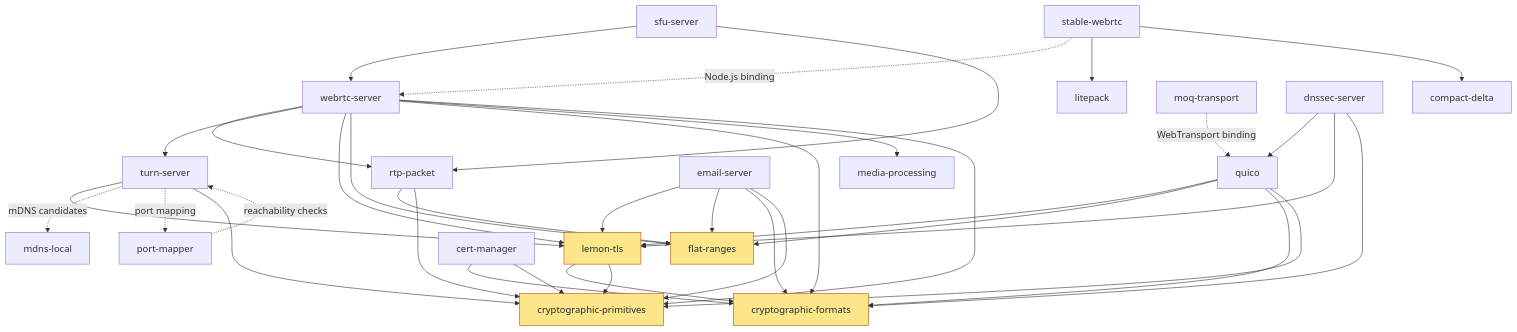
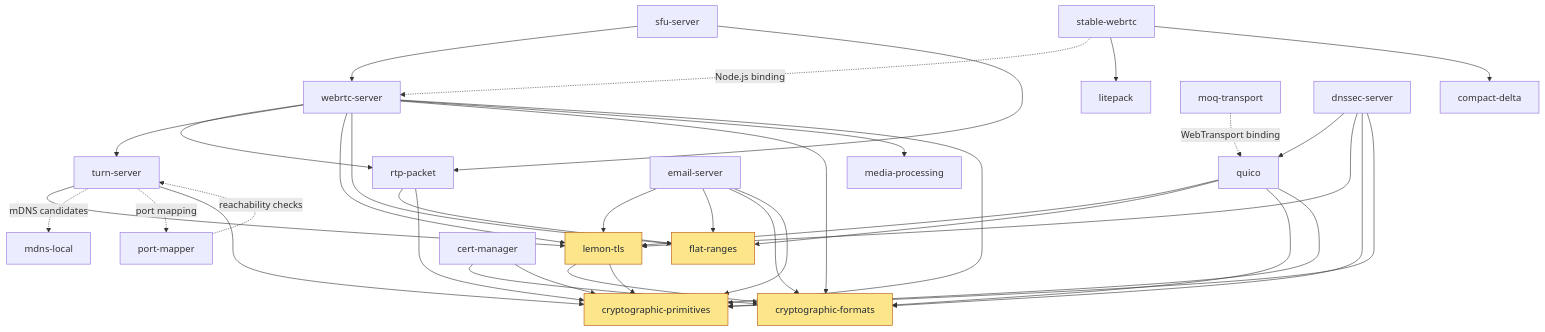
One commit to colocohen/colocohen changed the diagram in README.md. Above: the diagram before and after it, drawn with Mermaid.

````diff
--- a/README.md
+++ b/README.md
@@ -64,47 +64,48 @@
 ```mermaid
 graph TD
   sfu[sfu-server] --> webrtc[webrtc-server]
   sfu --> rtp[rtp-packet]
   stable[stable-webrtc] -.->|Node.js binding| webrtc
   stable --> litepack
   stable --> delta[compact-delta]
 
   webrtc --> rtp
   webrtc --> turn[turn-server]
   webrtc --> tls[lemon-tls]
   webrtc --> ranges[flat-ranges]
   webrtc --> formats[cryptographic-formats]
   webrtc --> mp[media-processing]
   rtp --> ranges
 
   turn --> tls
   turn -.->|mDNS candidates| mdns[mdns-local]
   turn -.->|port mapping| pm[port-mapper]
   pm -.->|reachability checks| turn
 
   moq[moq-transport] -.->|WebTransport binding| quico
   dns[dnssec-server] --> quico
   dns --> tls
   dns --> formats
   quico --> tls
   quico --> ranges
   quico --> formats
 
   email[email-server] --> tls
   email --> ranges
   email --> formats
   cert[cert-manager] --> formats
 
   tls --> formats
 
   tls --> prims[cryptographic-primitives]
   quico --> prims
   cert --> prims
   email --> prims
   webrtc --> prims
   rtp --> prims
   turn --> prims
+  dns --> prims
 
   classDef base fill:#fde68a,stroke:#b45309,color:#1f2937
   class tls,formats,prims,ranges base
 ```
````
